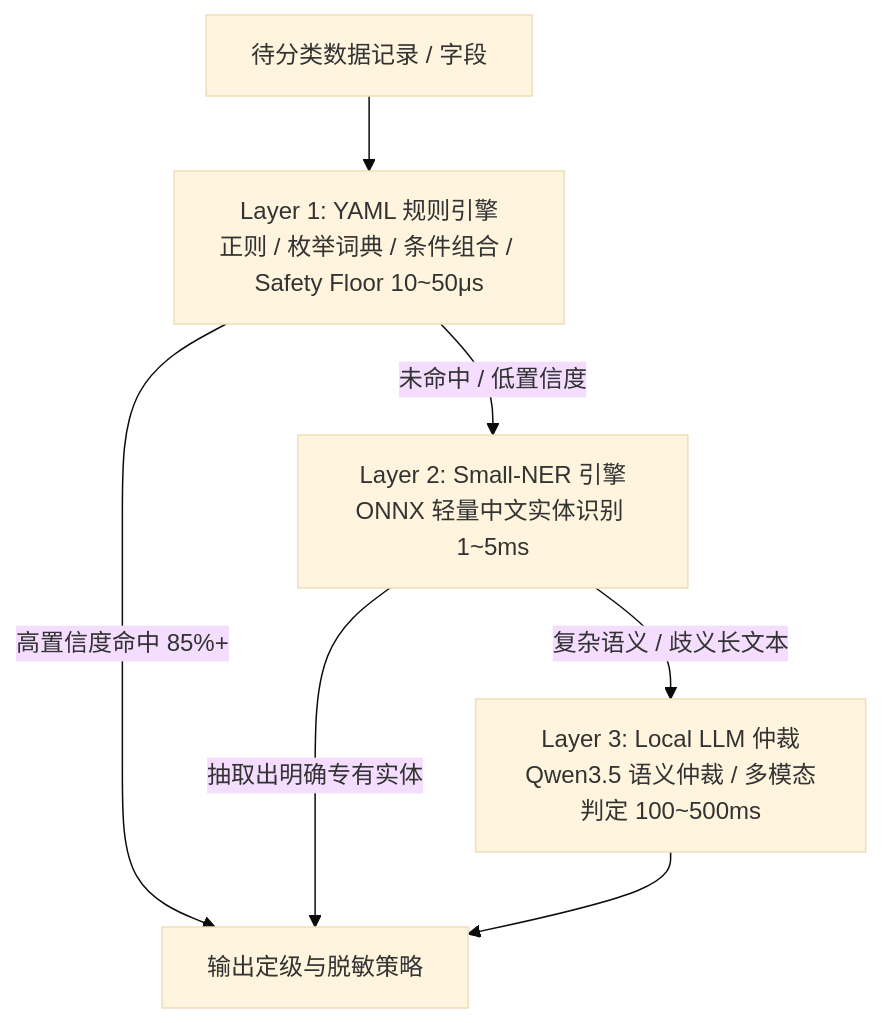
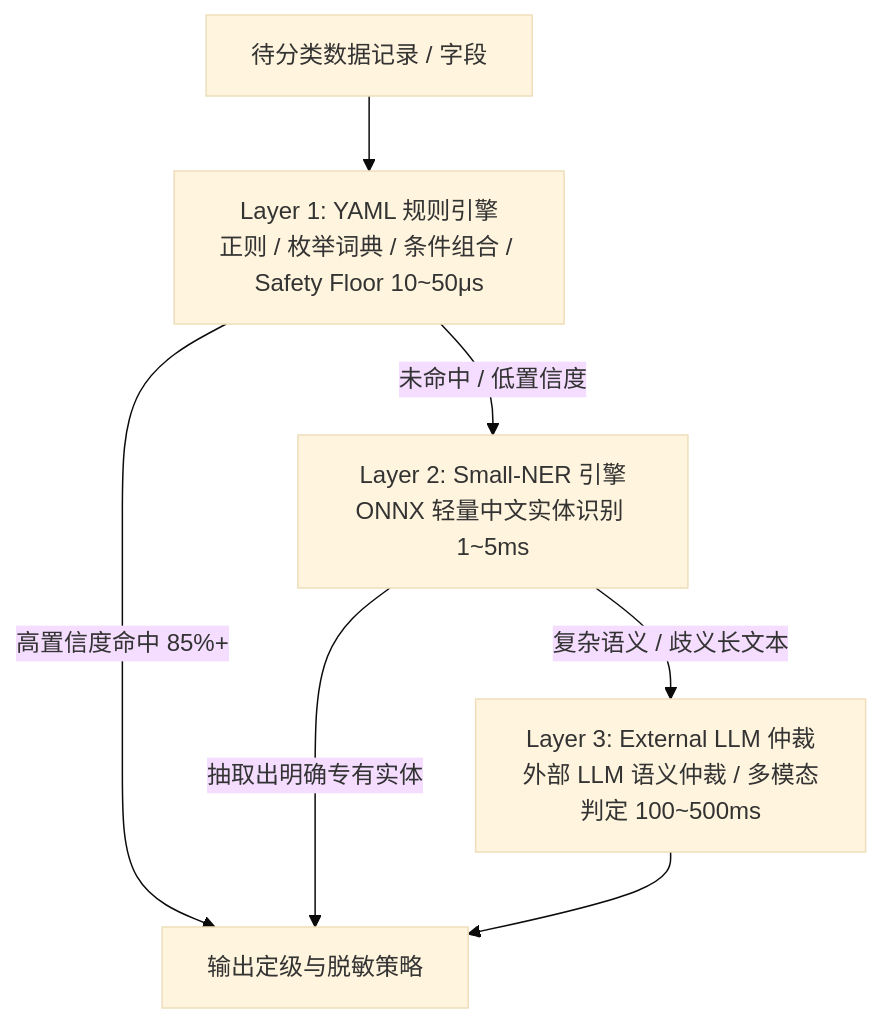
One commit to fengzhizi319/PrivShield changed the third of 3 diagrams in docs/architecture/liuzhou_govcloud_data_security_architecture.md. Above: the diagram before and after it, drawn with Mermaid (base theme). The commit also changed other lines of this file and 8 other files, not shown here.

Commit message:
docs(architecture): systematically update architecture documentation to 100% Go cloud-native specifications

````diff
--- a/docs/architecture/liuzhou_govcloud_data_security_architecture.md
+++ b/docs/architecture/liuzhou_govcloud_data_security_architecture.md
@@ -258,9 +258,9 @@
 ```mermaid
 graph TB
     Input[待分类数据记录 / 字段] --> L1[Layer 1: YAML 规则引擎<br/>正则 / 枚举词典 / 条件组合 / Safety Floor 10~50μs]
     L1 -->|高置信度命中 85%+| Out[输出定级与脱敏策略]
     L1 -->|未命中 / 低置信度| L2[Layer 2: Small-NER 引擎<br/>ONNX 轻量中文实体识别 1~5ms]
     L2 -->|抽取出明确专有实体| Out
-    L2 -->|复杂语义 / 歧义长文本| L3[Layer 3: Local LLM 仲裁<br/>Qwen3.5 语义仲裁 / 多模态判定 100~500ms]
+    L2 -->|复杂语义 / 歧义长文本| L3[Layer 3: External LLM 仲裁<br/>外部 LLM 语义仲裁 / 多模态判定 100~500ms]
     L3 --> Out
 ```
````
